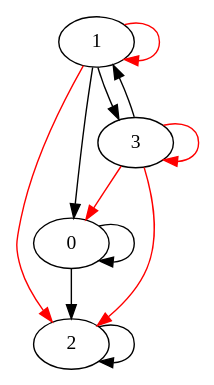
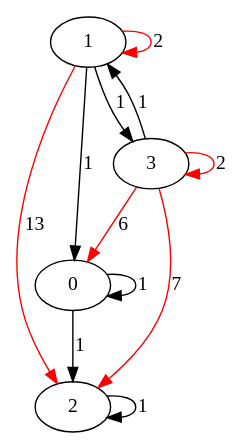
The diagram in src/eighthHomework/out.dot (kusancho/Programming_1Year), drawn with Graphviz before and after one commit. The commit also changed 4 other files, not shown here.

```diff
--- a/src/eighthHomework/out.dot
+++ b/src/eighthHomework/out.dot
@@ -1,18 +1,18 @@
 digraph transitiveClosure
 {
 0[label = "0"]
 1[label = "1"]
 2[label = "2"]
 3[label = "3"]
-0 -> 0
-1 -> 0
-0 -> 2
-1 -> 3
-3 -> 1
-2 -> 2
-1 -> 1 [color = red]
-1 -> 2 [color = red]
-3 -> 0 [color = red]
-3 -> 2 [color = red]
-3 -> 3 [color = red]
+0 -> 0 [label = "1"]
+1 -> 0 [label = "1"]
+0 -> 2 [label = "1"]
+1 -> 3 [label = "1"]
+3 -> 1 [label = "1"]
+2 -> 2 [label = "1"]
+1 -> 1 [color = red] [label = "2"]
+1 -> 2 [color = red] [label = "13"]
+3 -> 0 [color = red] [label = "6"]
+3 -> 2 [color = red] [label = "7"]
+3 -> 3 [color = red] [label = "2"]
 }
```
